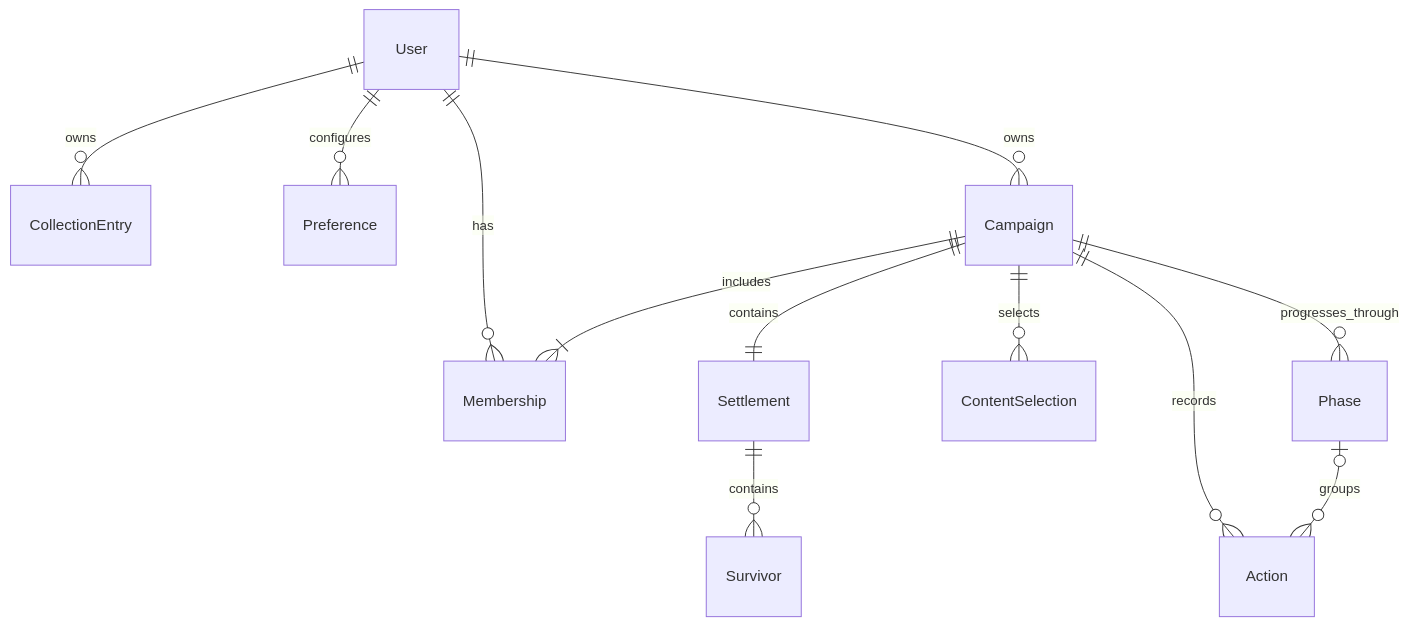
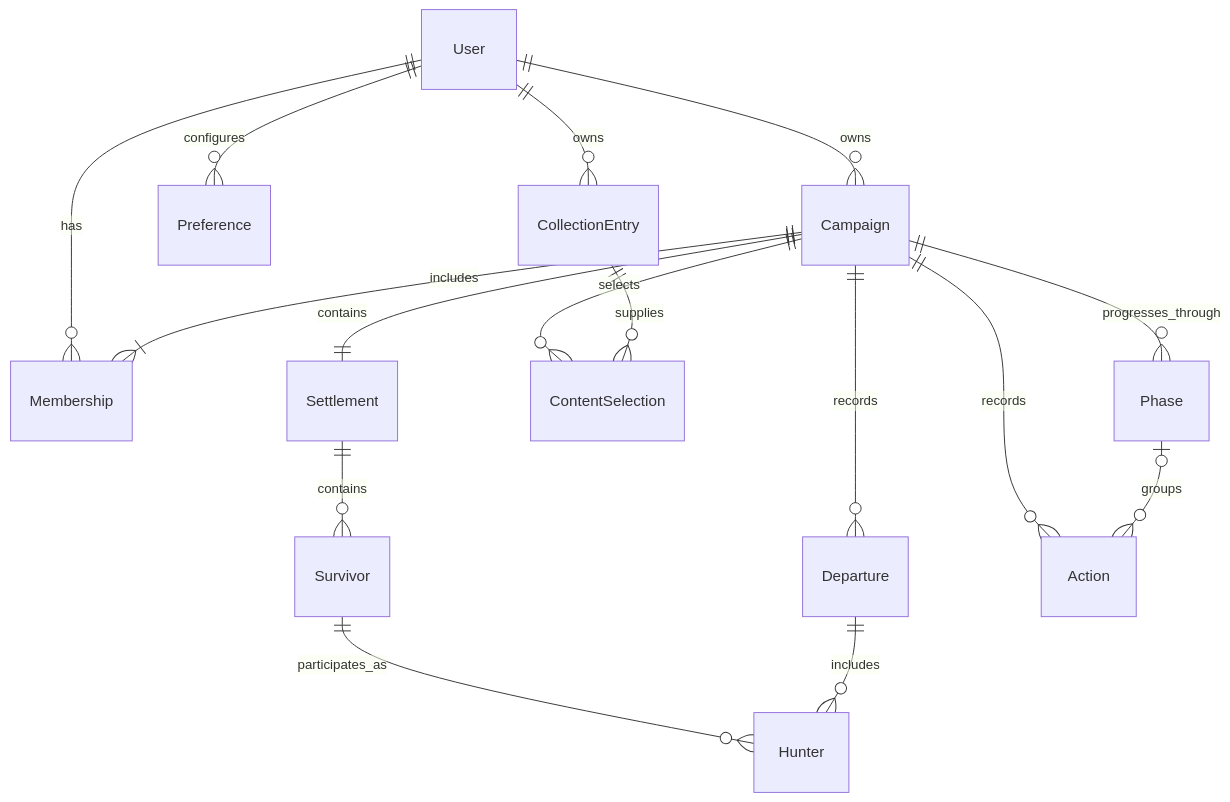
The first of 3 diagrams in docs/kdm-architecture.md (nick1n/guidepost), drawn with Mermaid before and after one commit. The commit also changed other lines of this file and 13 other files, not shown here.

````diff
--- a/docs/kdm-architecture.md
+++ b/docs/kdm-architecture.md
@@ -38,14 +31,18 @@
 ```mermaid
 erDiagram
   User ||--o{ CollectionEntry : owns
   User ||--o{ Preference : configures
   User ||--o{ Membership : has
   Campaign ||--|{ Membership : includes
   User ||--o{ Campaign : owns
   Campaign ||--|| Settlement : contains
   Settlement ||--o{ Survivor : contains
+  Survivor ||--o{ Hunter : participates_as
+  Campaign ||--o{ Departure : records
+  Departure ||--o{ Hunter : includes
   Campaign ||--o{ ContentSelection : selects
+  CollectionEntry ||--o{ ContentSelection : supplies
   Campaign ||--o{ Phase : progresses_through
   Campaign ||--o{ Action : records
   Phase |o--o{ Action : groups
 ```
````
